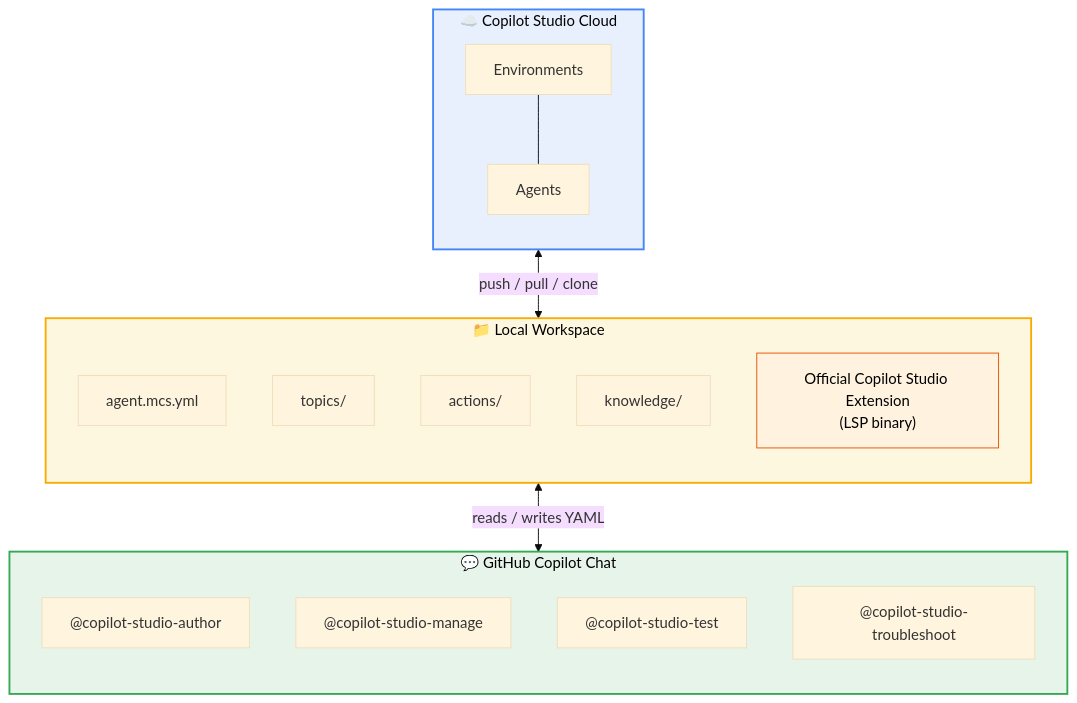
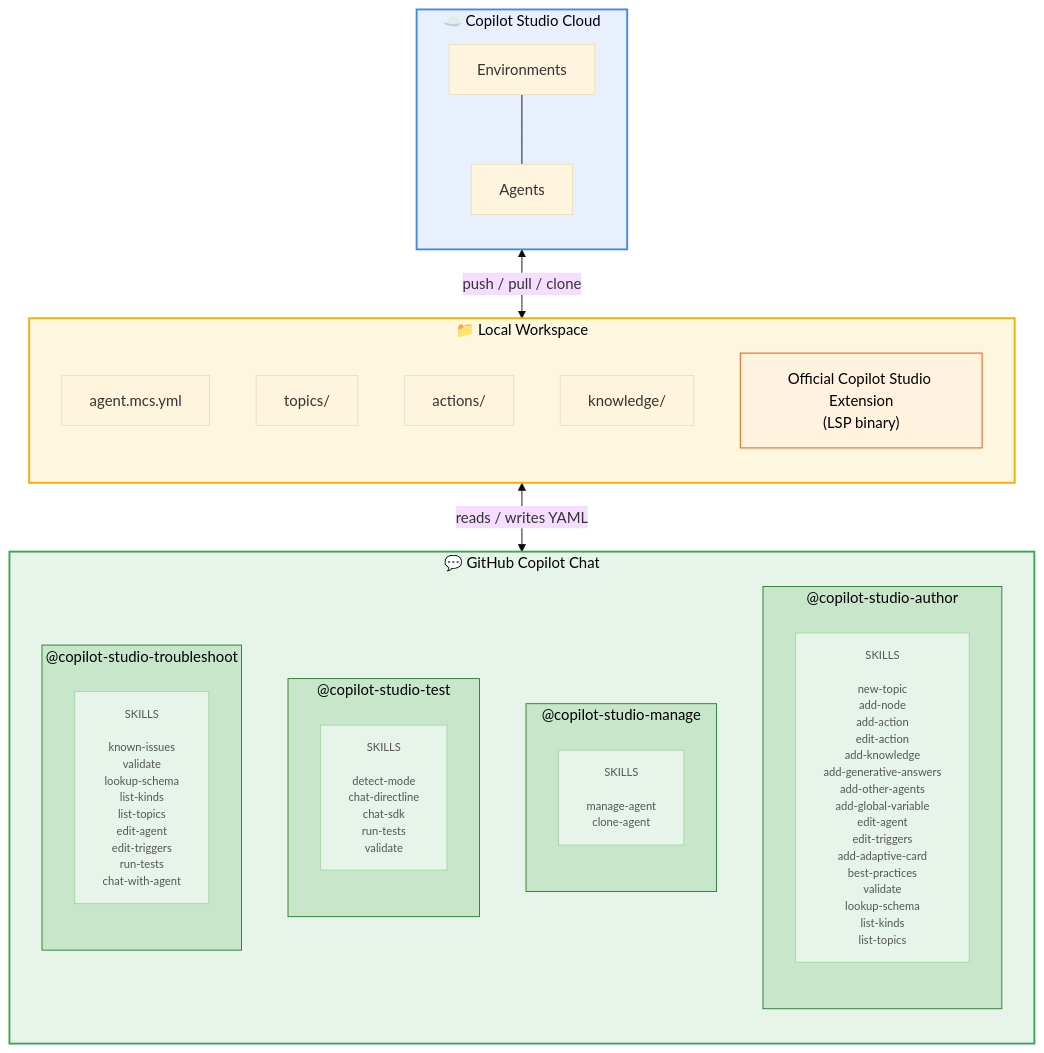
Before and after one commit to microsoft/skills-for-copilot-studio: the diagram in extension/docs/blog/blog-post.md, drawn with Mermaid (base theme).

Commit message:
More updates to architecture diagram - include skills with agents

````diff
--- a/extension/docs/blog/blog-post.md
+++ b/extension/docs/blog/blog-post.md
@@ -25,34 +25,58 @@
 ```mermaid
 graph TB
     subgraph cloud["☁️ Copilot Studio Cloud"]
         direction TB
         envs["Environments"]
         agents_cloud["Agents"]
         envs --- agents_cloud
     end
 
     subgraph workspace["📁 Local Workspace"]
         direction TB
         agent_yml["agent.mcs.yml"]
         topics["topics/"]
         actions["actions/"]
         knowledge["knowledge/"]
-        lsp["Official Copilot Studio Extension\n(LSP binary)"]
+        lsp["Official Copilot Studio Extension<br/>(LSP binary)"]
     end
 
     subgraph chat["💬 GitHub Copilot Chat"]
         direction TB
-        author["@copilot-studio-author"]
-        manage["@copilot-studio-manage"]
-        test["@copilot-studio-test"]
-        troubleshoot["@copilot-studio-troubleshoot"]
+
+        subgraph author_grp["@copilot-studio-author"]
+            direction TB
+            author_skills["SKILLS<br/><br/>new-topic<br/>add-node<br/>add-action<br/>edit-action<br/>add-knowledge<br/>add-generative-answers<br/>add-other-agents<br/>add-global-variable<br/>edit-agent<br/>edit-triggers<br/>add-adaptive-card<br/>best-practices<br/>validate<br/>lookup-schema<br/>list-kinds<br/>list-topics"]
+        end
+
+        subgraph manage_grp["@copilot-studio-manage"]
+            direction TB
+            manage_skills["SKILLS<br/><br/>manage-agent<br/>clone-agent"]
+        end
+
+        subgraph test_grp["@copilot-studio-test"]
+            direction TB
+            test_skills["SKILLS<br/><br/>detect-mode<br/>chat-directline<br/>chat-sdk<br/>run-tests<br/>validate"]
+        end
+
+        subgraph troubleshoot_grp["@copilot-studio-troubleshoot"]
+            direction TB
+            troubleshoot_skills["SKILLS<br/><br/>known-issues<br/>validate<br/>lookup-schema<br/>list-kinds<br/>list-topics<br/>edit-agent<br/>edit-triggers<br/>run-tests<br/>chat-with-agent"]
+        end
     end
 
     cloud <-- "push / pull / clone" --> workspace
     workspace <-- "reads / writes YAML" --> chat
 
     style cloud fill:#e8f0fe,stroke:#4285f4,stroke-width:2px,color:#000
     style workspace fill:#fef7e0,stroke:#f9ab00,stroke-width:2px,color:#000
     style chat fill:#e6f4ea,stroke:#34a853,stroke-width:2px,color:#000
     style lsp fill:#fff3e0,stroke:#e65100,stroke-width:1px,color:#000
+    style author_grp fill:#c8e6c9,stroke:#2e7d32,stroke-width:1px,color:#000
+    style manage_grp fill:#c8e6c9,stroke:#2e7d32,stroke-width:1px,color:#000
+    style test_grp fill:#c8e6c9,stroke:#2e7d32,stroke-width:1px,color:#000
+    style troubleshoot_grp fill:#c8e6c9,stroke:#2e7d32,stroke-width:1px,color:#000
+    style author_skills fill:#e6f4ea,stroke:#a5d6a7,stroke-width:1px,color:#555,font-size:12px
+    style manage_skills fill:#e6f4ea,stroke:#a5d6a7,stroke-width:1px,color:#555,font-size:12px
+    style test_skills fill:#e6f4ea,stroke:#a5d6a7,stroke-width:1px,color:#555,font-size:12px
+    style troubleshoot_skills fill:#e6f4ea,stroke:#a5d6a7,stroke-width:1px,color:#555,font-size:12px
 ```
````
